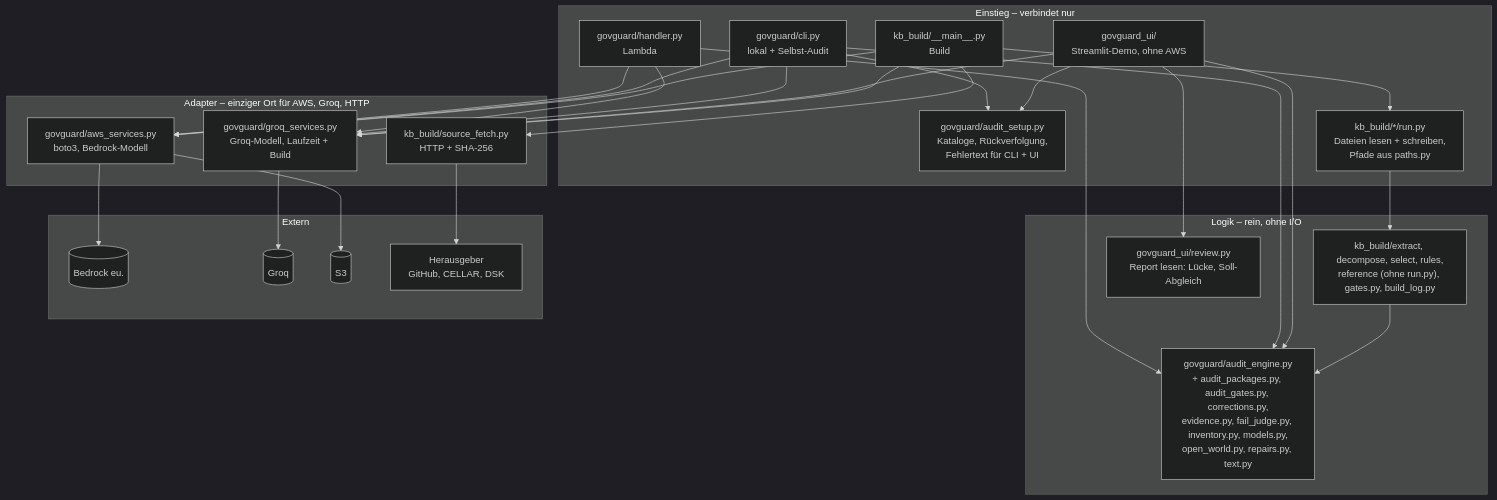
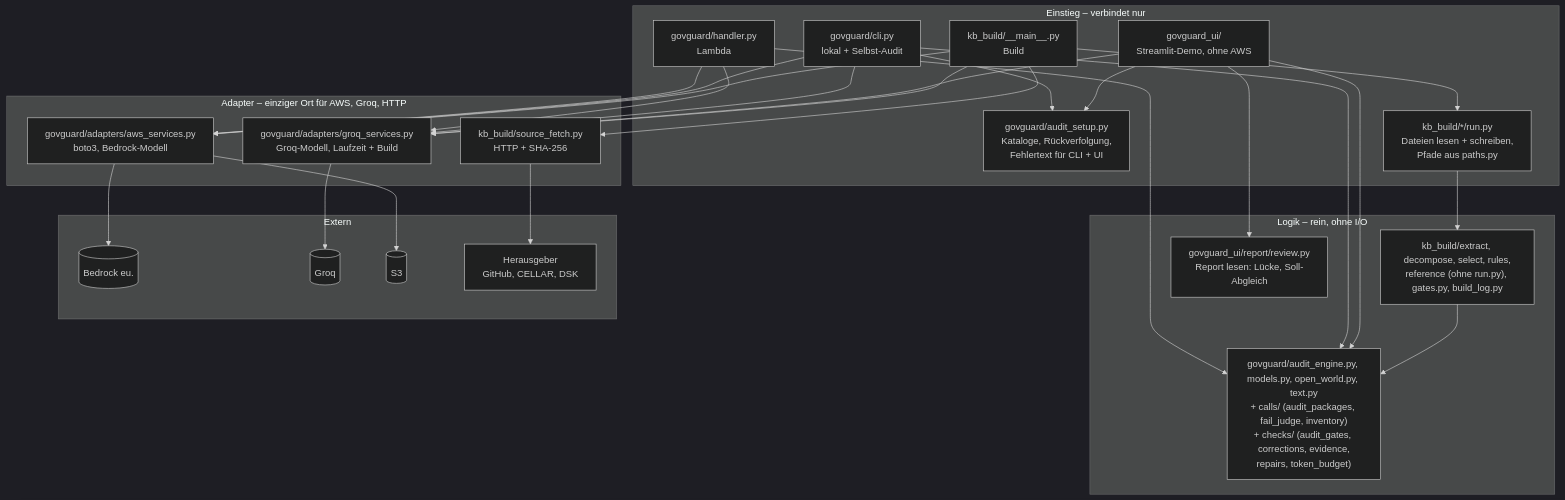
One commit to Daniel74/GovGuard changed the fourth of 4 diagrams in docs/ARCHITECTURE.md. Above: the diagram before and after it, drawn with Mermaid (dark theme). The commit also changed other lines of this file and 56 other files, not shown here.

Commit message:
#55 Ordner für govguard und UI, Report-Ansicht als ein Modul

````diff
--- a/docs/ARCHITECTURE.md
+++ b/docs/ARCHITECTURE.md
@@ -252,38 +252,38 @@
 ```mermaid
 flowchart TB
   subgraph E["Einstieg – verbindet nur"]
     H["govguard/handler.py<br/>Lambda"]
     C["govguard/cli.py<br/>lokal + Selbst-Audit"]
     U["govguard_ui/<br/>Streamlit-Demo, ohne AWS"]
     S["govguard/audit_setup.py<br/>Kataloge, Rückverfolgung,<br/>Fehlertext für CLI + UI"]
     M["kb_build/__main__.py<br/>Build"]
     R["kb_build/*/run.py<br/>Dateien lesen + schreiben,<br/>Pfade aus paths.py"]
   end
   subgraph L["Logik – rein, ohne I/O"]
-    AE["govguard/audit_engine.py<br/>+ audit_packages.py, audit_gates.py, corrections.py,<br/>evidence.py, fail_judge.py, inventory.py, models.py,<br/>open_world.py, repairs.py, text.py"]
+    AE["govguard/audit_engine.py, models.py, open_world.py, text.py<br/>+ calls/ (audit_packages, fail_judge, inventory)<br/>+ checks/ (audit_gates, corrections, evidence,<br/>repairs, token_budget)"]
     KB["kb_build/extract, decompose, select, rules,<br/>reference (ohne run.py), gates.py, build_log.py"]
-    RV["govguard_ui/review.py<br/>Report lesen: Lücke, Soll-Abgleich"]
+    RV["govguard_ui/report/review.py<br/>Report lesen: Lücke, Soll-Abgleich"]
   end
   subgraph A["Adapter – einziger Ort für AWS, Groq, HTTP"]
-    AWS["govguard/aws_services.py<br/>boto3, Bedrock-Modell"]
-    GQ["govguard/groq_services.py<br/>Groq-Modell, Laufzeit + Build"]
+    AWS["govguard/adapters/aws_services.py<br/>boto3, Bedrock-Modell"]
+    GQ["govguard/adapters/groq_services.py<br/>Groq-Modell, Laufzeit + Build"]
     FE["kb_build/source_fetch.py<br/>HTTP + SHA-256"]
   end
   subgraph X["Extern"]
     B[("Bedrock eu.")]
     G[("Groq")]
     S3[("S3")]
     HG["Herausgeber<br/>GitHub, CELLAR, DSK"]
   end
   H & C & U --> AE
   H & C --> AWS
   H & C & U --> GQ
   C & U --> S
   U --> RV
   M --> R --> KB
   M --> AWS & GQ & FE
   KB --> AE
   AWS --> B & S3
   GQ --> G
   FE --> HG
 ```
````
